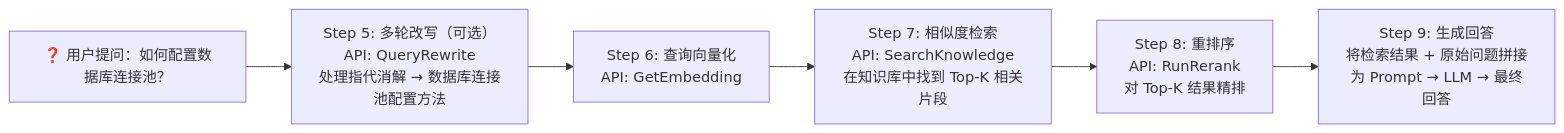
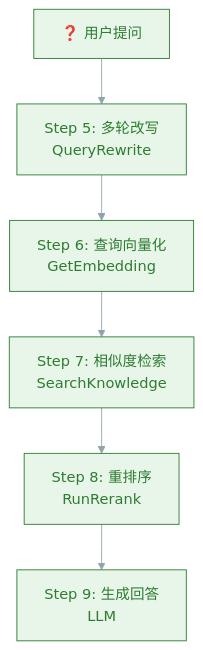
Before and after one commit to tanteng/blog: the second of 3 diagrams in content/posts/ai-knowledge-base-rag-tencent-cloud-openviking.md, drawn with Mermaid. The commit also changed other lines of this file and 1 other file, not shown here.

Commit message:
style: mermaid 流程图改竖向，添加主题配色和容器样式

```diff
--- a/content/posts/ai-knowledge-base-rag-tencent-cloud-openviking.md
+++ b/content/posts/ai-knowledge-base-rag-tencent-cloud-openviking.md
@@ -60,8 +61,9 @@
 {{< mermaid >}}
-flowchart LR
-    A["❓ 用户提问：如何配置数据库连接池？"] --> B["Step 5: 多轮改写（可选）<br/>API: QueryRewrite<br/>处理指代消解 → 数据库连接池配置方法"]
-    B --> C["Step 6: 查询向量化<br/>API: GetEmbedding"]
-    C --> D["Step 7: 相似度检索<br/>API: SearchKnowledge<br/>在知识库中找到 Top-K 相关片段"]
-    D --> E["Step 8: 重排序<br/>API: RunRerank<br/>对 Top-K 结果精排"]
-    E --> F["Step 9: 生成回答<br/>将检索结果 + 原始问题拼接为 Prompt → LLM → 最终回答"]
+%%{init: {'theme': 'base', 'themeVariables': {'primaryColor': '#e8f5e9', 'primaryTextColor': '#2e7d32', 'primaryBorderColor': '#2e7d32', 'lineColor': '#90a4ae', 'secondaryColor': '#f5f5f5', 'tertiaryColor': '#fff9c4'}}}%%
+flowchart TD
+    A["❓ 用户提问"] --> B["Step 5: 多轮改写<br/>QueryRewrite"]
+    B --> C["Step 6: 查询向量化<br/>GetEmbedding"]
+    C --> D["Step 7: 相似度检索<br/>SearchKnowledge"]
+    D --> E["Step 8: 重排序<br/>RunRerank"]
+    E --> F["Step 9: 生成回答<br/>LLM"]
 {{< /mermaid >}}
```
